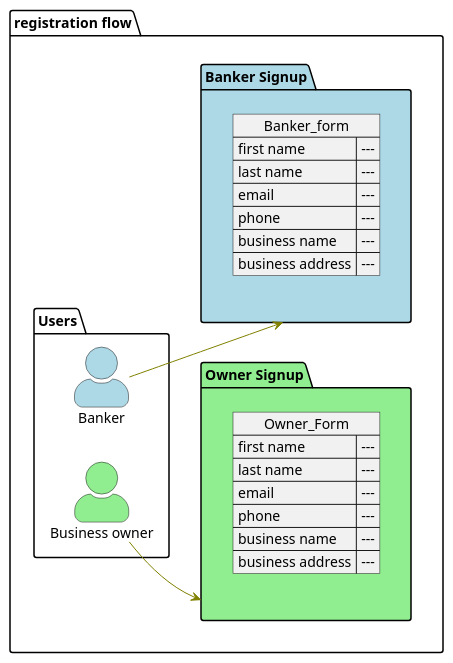
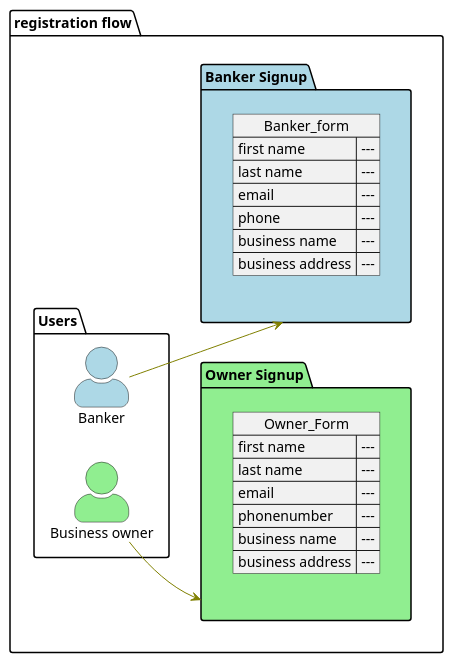
Before and after one commit to dinesh19aug/yeegoals: the diagram in flows/registration.puml, drawn with PlantUML.

Commit message:
Added github actions for view

```diff
--- a/flows/registration.puml
+++ b/flows/registration.puml
@@ -1,46 +1,46 @@
 @startuml
 allowmixing
 skinparam usecase {
 BackgroundColor DarkSeaGreen
 BorderColor DarkSlateGray
 BackgroundColor<< Main >> YellowGreen
 BorderColor<< Main >> YellowGreen
 ArrowColor Olive
 ActorBorderColor black
 ActorFontName Courier
 ActorBackgroundColor<< Human >> Gold
 }
 
 package "registration flow" {
   skinparam actorStyle awesome
   package Users {
     actor :Business owner: as owner #LightGreen
     actor :Banker: as banker #LightBlue
   }
 
     package "Owner Signup" as ownersignup #LightGreen{
         json Owner_Form {
             "first name": "---",
             "last name": "---",
             "email": "---",
-            "phone": "---",
+            "phonenumber": "---",
             "business name": "---",
             "business address": "---"
         }
     }
 
     package "Banker Signup" as bankersignup #LightBlue{
         json Banker_form{
             "first name": "---",
             "last name": "---",
             "email": "---",
             "phone": "---",
             "business name": "---",
             "business address": "---"
         }
     }
 }
 left to right direction
 owner -down-> ownersignup
 banker -down-> bankersignup
 @enduml
```
